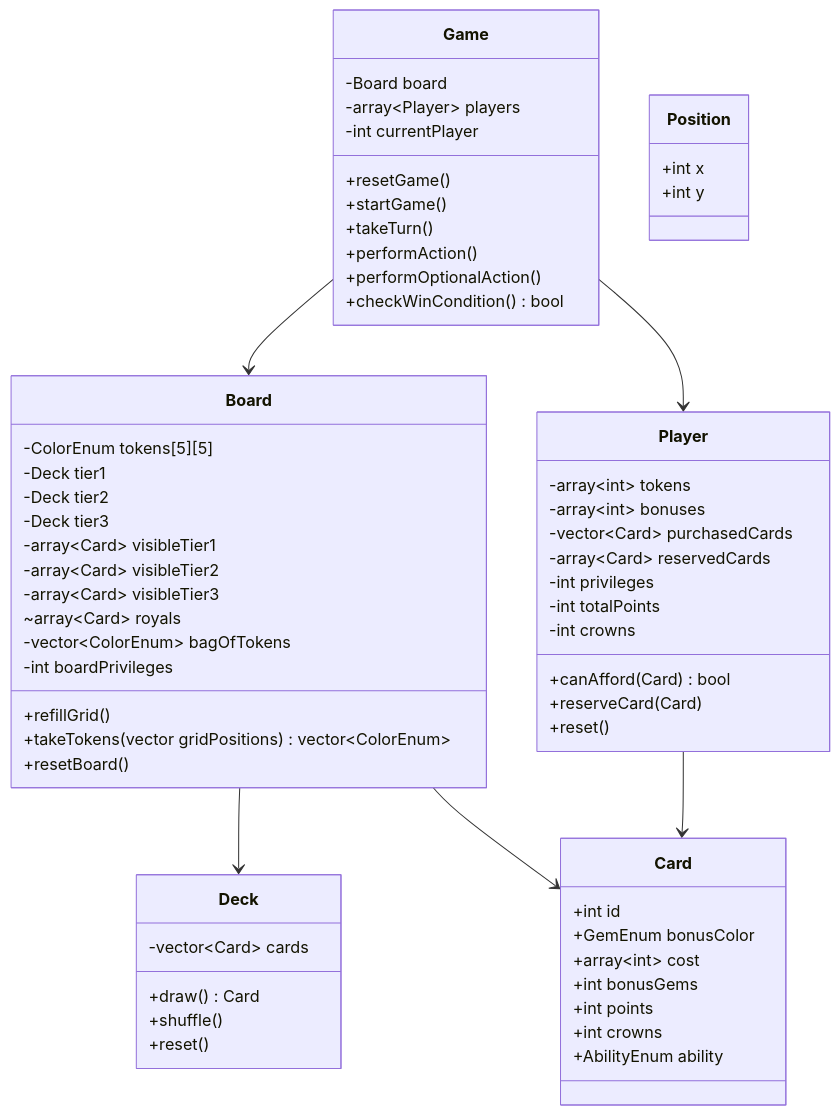
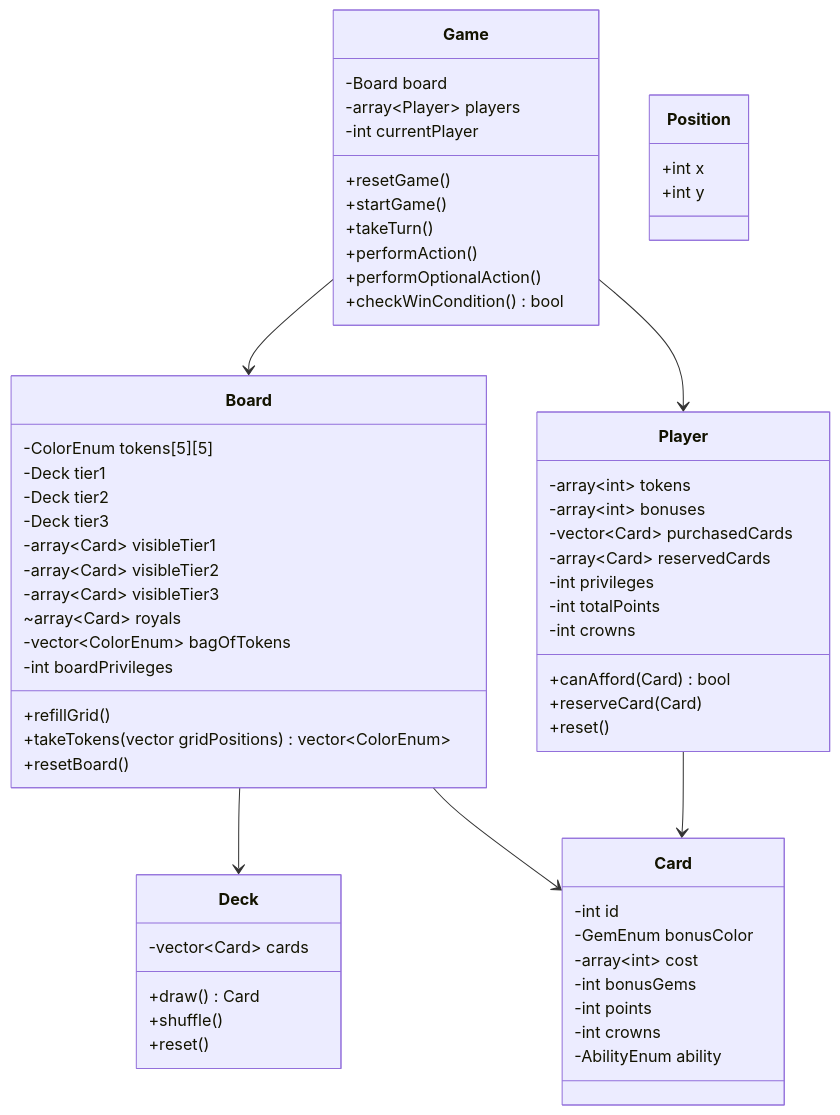
One commit to josephc8464/SplendorDuel changed the diagram in docs/ClassDiagrams/ClassDiagram.mmd. Above: the diagram before and after it, drawn with Mermaid.

Commit message:
Refactored Card class

```diff
--- a/docs/ClassDiagrams/ClassDiagram.mmd
+++ b/docs/ClassDiagrams/ClassDiagram.mmd
@@ -1,70 +1,70 @@
 classDiagram
 
 class Game {
     -Board board
     -array~Player~ players
     -int currentPlayer
     +resetGame()
     +startGame()
     +takeTurn()
     +performAction()
     +performOptionalAction()
     +checkWinCondition() bool
 }
 
 class Board {
     -ColorEnum tokens[5][5]
     -Deck tier1
     -Deck tier2
     -Deck tier3
     -array~Card~ visibleTier1
     -array~Card~ visibleTier2
     -array~Card~ visibleTier3
     ~array~Card~ royals
     -vector~ColorEnum~ bagOfTokens
     -int boardPrivileges
     +refillGrid()
     +takeTokens(vector<Position> gridPositions) vector~ColorEnum~
     +resetBoard()
 }
 
 class Player {
     -array~int~ tokens
     -array~int~ bonuses
     -vector~Card~ purchasedCards
     -array~Card~ reservedCards
     -int privileges
     -int totalPoints
     -int crowns
     +canAfford(Card) bool
     +reserveCard(Card)
     +reset()
 }
 
 class Deck {
     -vector~Card~ cards
     +draw() Card
     +shuffle()
     +reset()
 }
 
 class Card {
-    +int id
-    +GemEnum bonusColor
-    +array~int~ cost
-    +int bonusGems
-    +int points
-    +int crowns
-    +AbilityEnum ability
+    -int id
+    -GemEnum bonusColor
+    -array~int~ cost
+    -int bonusGems
+    -int points
+    -int crowns
+    -AbilityEnum ability
 }
 
 class Position {
     +int x
     +int y
 }
 
 Game --> Board
 Game --> Player
 Board --> Deck
 Board --> Card
 Player --> Card
```
